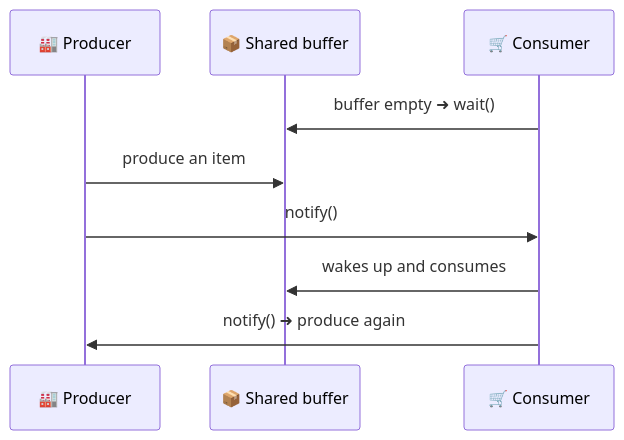
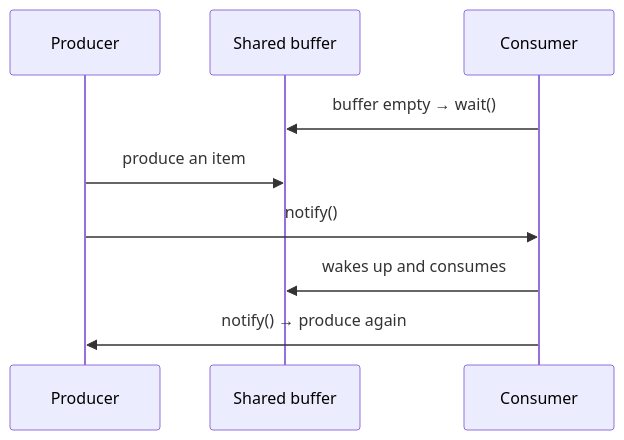
The diagram in src/Theory/09-Multi-Threading/05-Inter-Thread-Communication.md (kundankumarsharma56/Leaning-Java), drawn with Mermaid before and after one commit. The commit also changed other lines of this file and 84 other files, not shown here.

````diff
--- a/src/Theory/09-Multi-Threading/05-Inter-Thread-Communication.md
+++ b/src/Theory/09-Multi-Threading/05-Inter-Thread-Communication.md
@@ -21,11 +21,11 @@
 ```mermaid
 sequenceDiagram
-    participant P as 🏭 Producer
-    participant Q as 📦 Shared buffer
-    participant C as 🛒 Consumer
-    C->>Q: buffer empty ➜ wait()
+    participant P as  Producer
+    participant Q as  Shared buffer
+    participant C as  Consumer
+    C->>Q: buffer empty → wait()
     P->>Q: produce an item
     P->>C: notify()
     C->>Q: wakes up and consumes
-    C->>P: notify() ➜ produce again
+    C->>P: notify() → produce again
 ```
````
